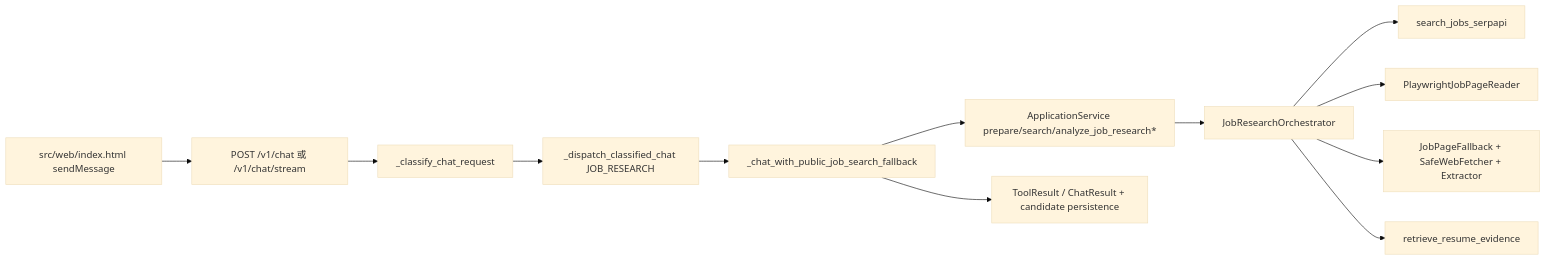
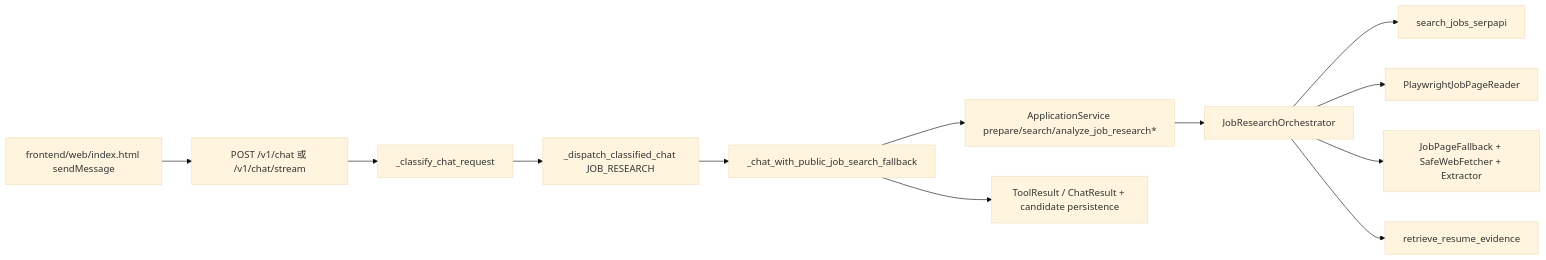
Before and after one commit to LunaHeluo/Personal-Agent: the fifth of 5 diagrams in starter-agent/docs/job-application-delegation-design.md, drawn with Mermaid (base theme). The commit also changed 28 other files, not shown here.

````diff
--- a/starter-agent/docs/job-application-delegation-design.md
+++ b/starter-agent/docs/job-application-delegation-design.md
@@ -636,14 +636,14 @@
 ```mermaid
 flowchart LR
-    FE["src/web/index.html sendMessage"] --> CHAT["POST /v1/chat 或 /v1/chat/stream"]
+    FE["frontend/web/index.html sendMessage"] --> CHAT["POST /v1/chat 或 /v1/chat/stream"]
     CHAT --> CLASS["_classify_chat_request"]
     CLASS --> ROUTER["_dispatch_classified_chat JOB_RESEARCH"]
     ROUTER --> WF["_chat_with_public_job_search_fallback"]
     WF --> APP["ApplicationService prepare/search/analyze_job_research*"]
     APP --> ORCH["JobResearchOrchestrator"]
     ORCH --> SEARCH["search_jobs_serpapi"]
     ORCH --> PW["PlaywrightJobPageReader"]
     ORCH --> FALL["JobPageFallback + SafeWebFetcher + Extractor"]
     ORCH --> RAG["retrieve_resume_evidence"]
     WF --> ANSWER["ToolResult / ChatResult + candidate persistence"]
 ```
````
